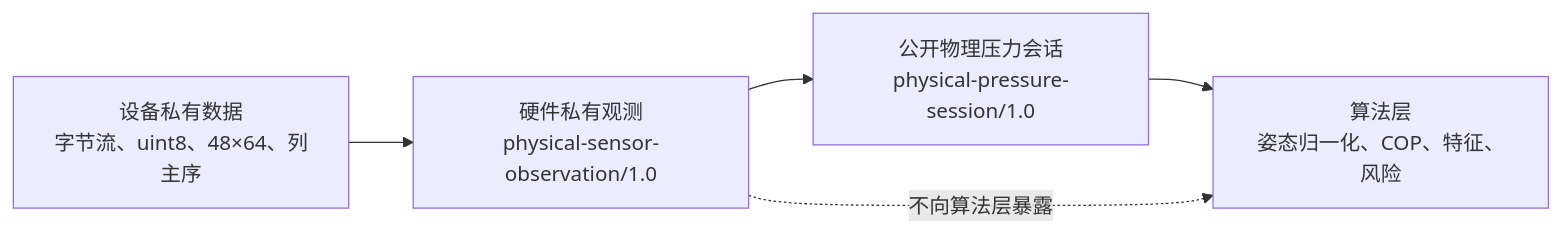
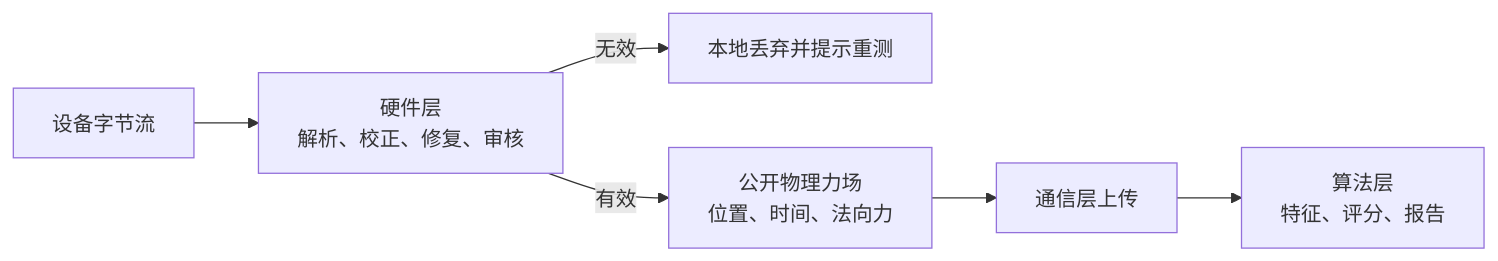
One commit to RGu0/feet-force-plate changed the diagram in docs/algorithm/00-hardware-algorithm-interaction-v1.md. Above: the diagram before and after it, drawn with Mermaid. The commit also changed other lines of this file and 4 other files, not shown here.

````diff
--- a/docs/algorithm/00-hardware-algorithm-interaction-v1.md
+++ b/docs/algorithm/00-hardware-algorithm-interaction-v1.md
@@ -17,8 +20,11 @@
 ```mermaid
 flowchart LR
-    A[设备私有数据<br/>字节流、uint8、48×64、列主序] --> B[硬件私有观测<br/>physical-sensor-observation/1.0]
-    B --> C[公开物理压力会话<br/>physical-pressure-session/1.0]
-    C --> D[算法层<br/>姿态归一化、COP、特征、风险]
-
-    B -.不向算法层暴露.-> D
+    A[设备字节流] --> B[硬件层
+解析、校正、修复、审核]
+    B -->|无效| C[本地丢弃并提示重测]
+    B -->|有效| D[公开物理力场
+位置、时间、法向力]
+    D --> E[通信层上传]
+    E --> F[算法层
+特征、评分、报告]
 ```
````
